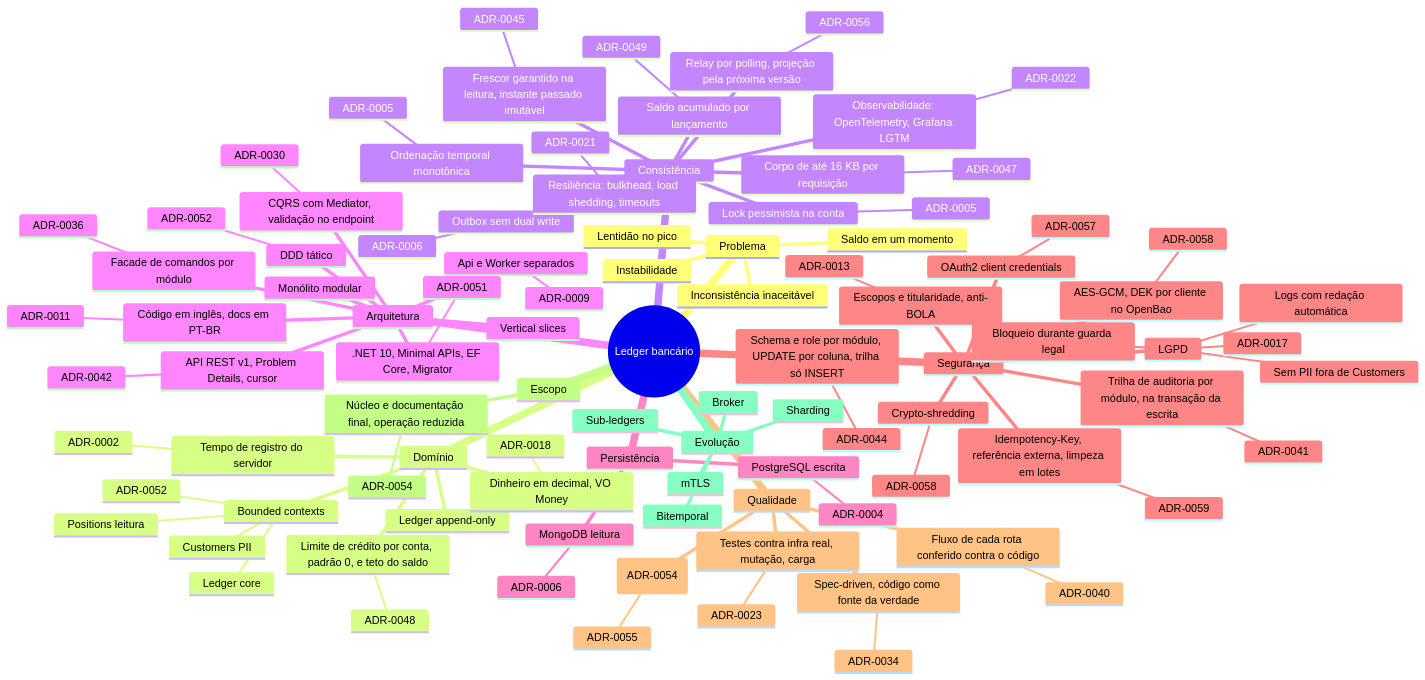
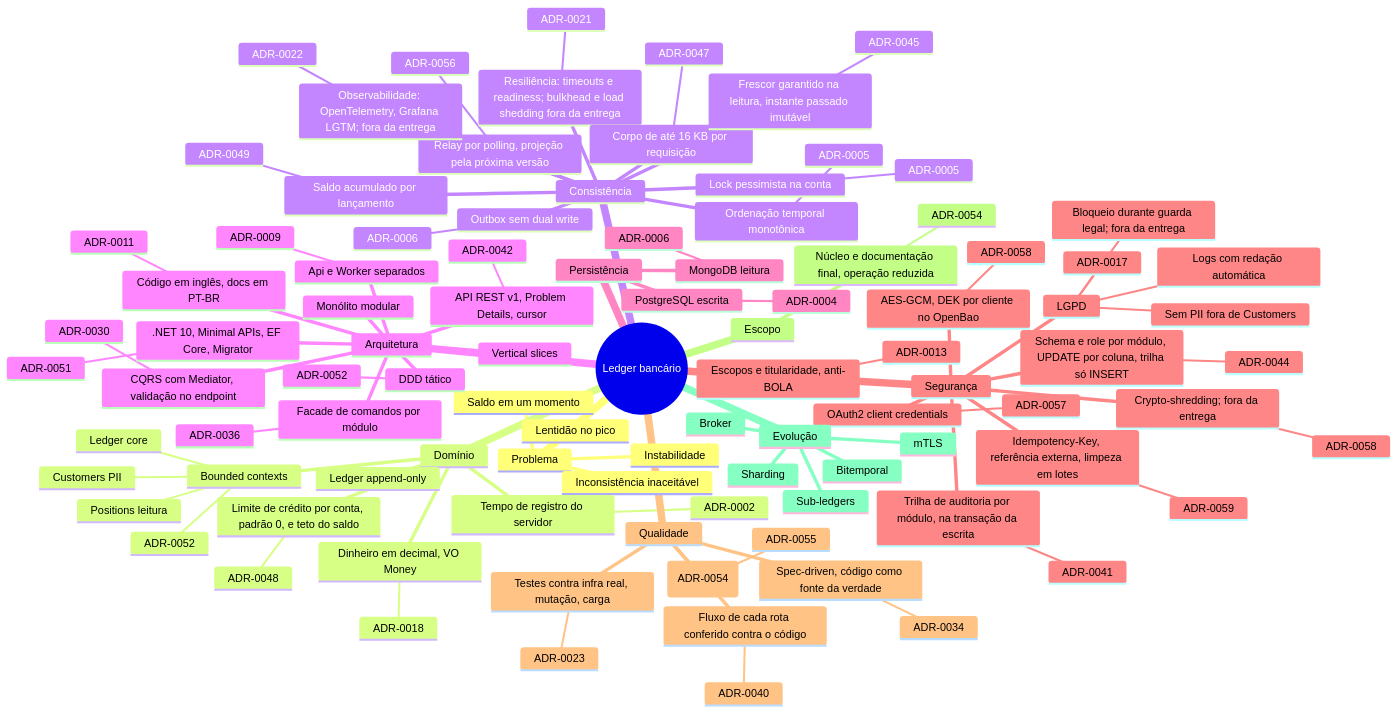
The first of 2 diagrams in docs/mapa-de-decisoes.md (arthuurw/desafio-arquiteto-keyrus), drawn with Mermaid before and after one commit. The commit also changed other lines of this file and 3 other files, not shown here.

```diff
--- a/docs/mapa-de-decisoes.md
+++ b/docs/mapa-de-decisoes.md
@@ -53,11 +53,11 @@
         ADR-0006
       Relay por polling, projeção pela próxima versão
         ADR-0056
-      Resiliência: bulkhead, load shedding, timeouts
+      Resiliência: timeouts e readiness; bulkhead e load shedding fora da entrega
         ADR-0021
       Corpo de até 16 KB por requisição
         ADR-0047
-      Observabilidade: OpenTelemetry, Grafana LGTM
+      Observabilidade: OpenTelemetry, Grafana LGTM; fora da entrega
         ADR-0022
       Frescor garantido na leitura, instante passado imutável
         ADR-0045
@@ -96,12 +96,12 @@
         ADR-0041
       AES-GCM, DEK por cliente no OpenBao
         ADR-0058
-      Crypto-shredding
+      Crypto-shredding; fora da entrega
         ADR-0058
       LGPD
         Sem PII fora de Customers
         Logs com redação automática
-        Bloqueio durante guarda legal
+        Bloqueio durante guarda legal; fora da entrega
         ADR-0017
     Qualidade
       Testes contra infra real, mutação, carga
```
